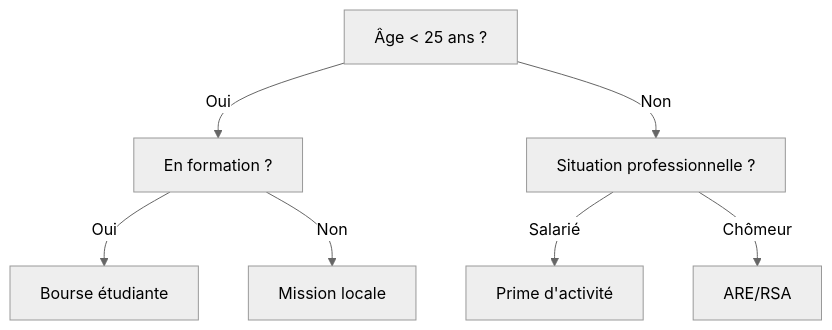
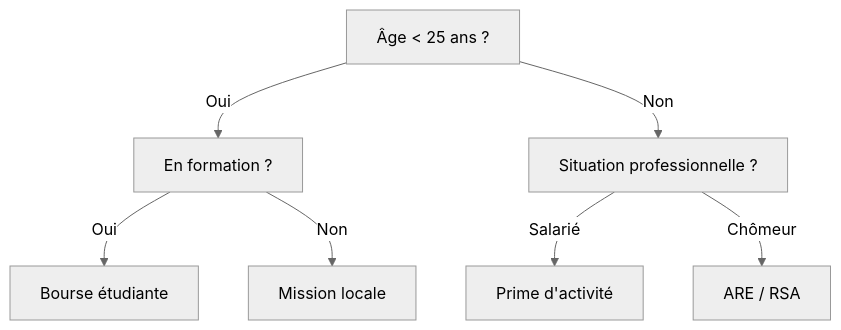
Before and after one commit to ShallowRed/aides-simplifiees-docs: the first of 2 diagrams in docs/simulateurs/simulateur-multi-aide.md, drawn with Mermaid (neutral theme). The commit also changed other lines of this file and 6 other files, not shown here.

````diff
--- a/docs/simulateurs/simulateur-multi-aide.md
+++ b/docs/simulateurs/simulateur-multi-aide.md
@@ -84,9 +102,9 @@
 ```mermaid
 graph TD
     A[Âge < 25 ans ?] -->|Oui| B[En formation ?]
     A -->|Non| C[Situation professionnelle ?]
     B -->|Oui| D[Bourse étudiante]
     B -->|Non| E[Mission locale]
     C -->|Salarié| F[Prime d'activité]
-    C -->|Chômeur| G[ARE/RSA]
+    C -->|Chômeur| G[ARE / RSA]
 ```
````
